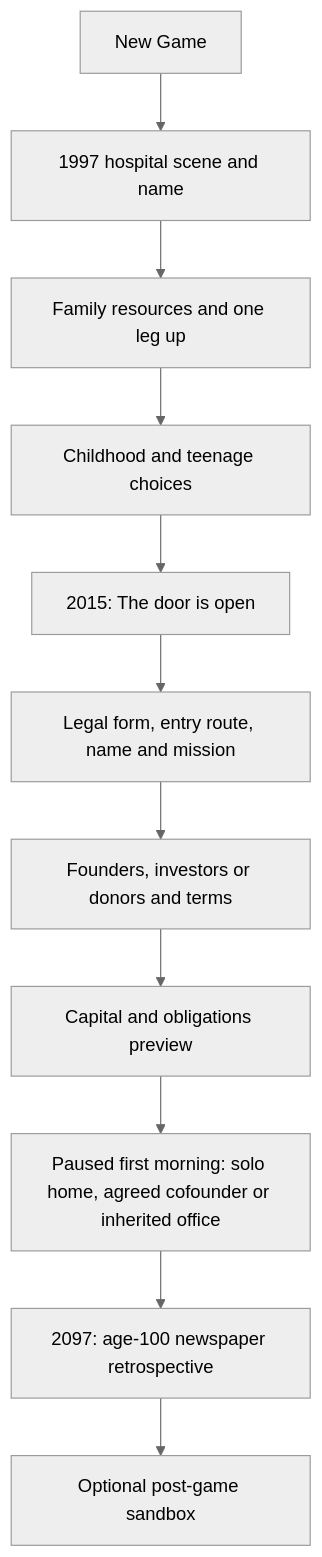
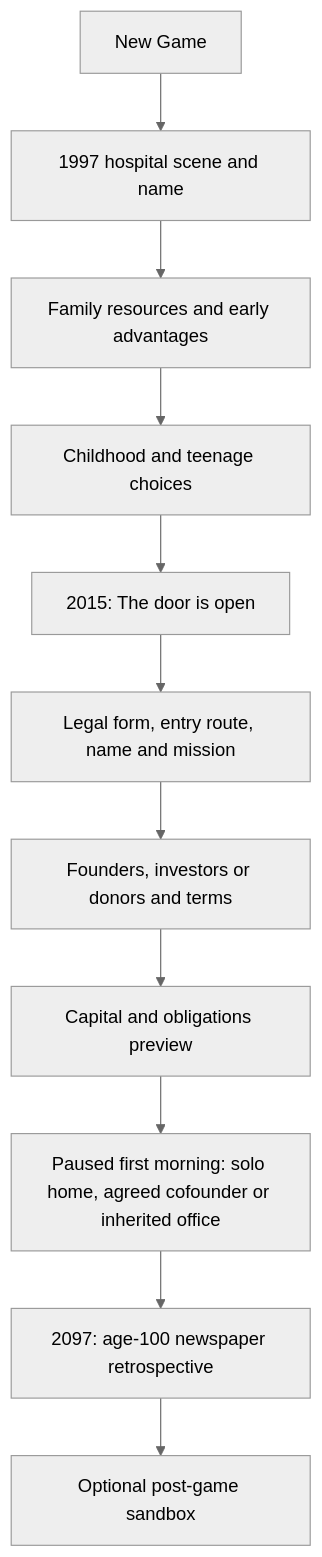
One commit to gnaservicesinc/Project-Glowing-Pancake changed the diagram in docs/CAMPAIGN_FLOW.md. Above: the diagram before and after it, drawn with Mermaid (neutral theme). The commit also changed other lines of this file and 65 other files, not shown here.

````diff
--- a/docs/CAMPAIGN_FLOW.md
+++ b/docs/CAMPAIGN_FLOW.md
@@ -50,13 +50,13 @@
 ```mermaid
 flowchart TD
     Start[New Game] --> Intro[1997 hospital scene and name]
-    Intro --> Family[Family resources and one leg up]
+    Intro --> Family[Family resources and early advantages]
     Family --> Youth[Childhood and teenage choices]
     Youth --> Entry[2015: The door is open]
     Entry --> Charter[Legal form, entry route, name and mission]
     Charter --> Funding[Founders, investors or donors and terms]
     Funding --> Budget[Capital and obligations preview]
     Budget --> Play[Paused first morning: solo home, agreed cofounder or inherited office]
     Play --> End[2097: age-100 newspaper retrospective]
     End --> Continue[Optional post-game sandbox]
 ```
````
